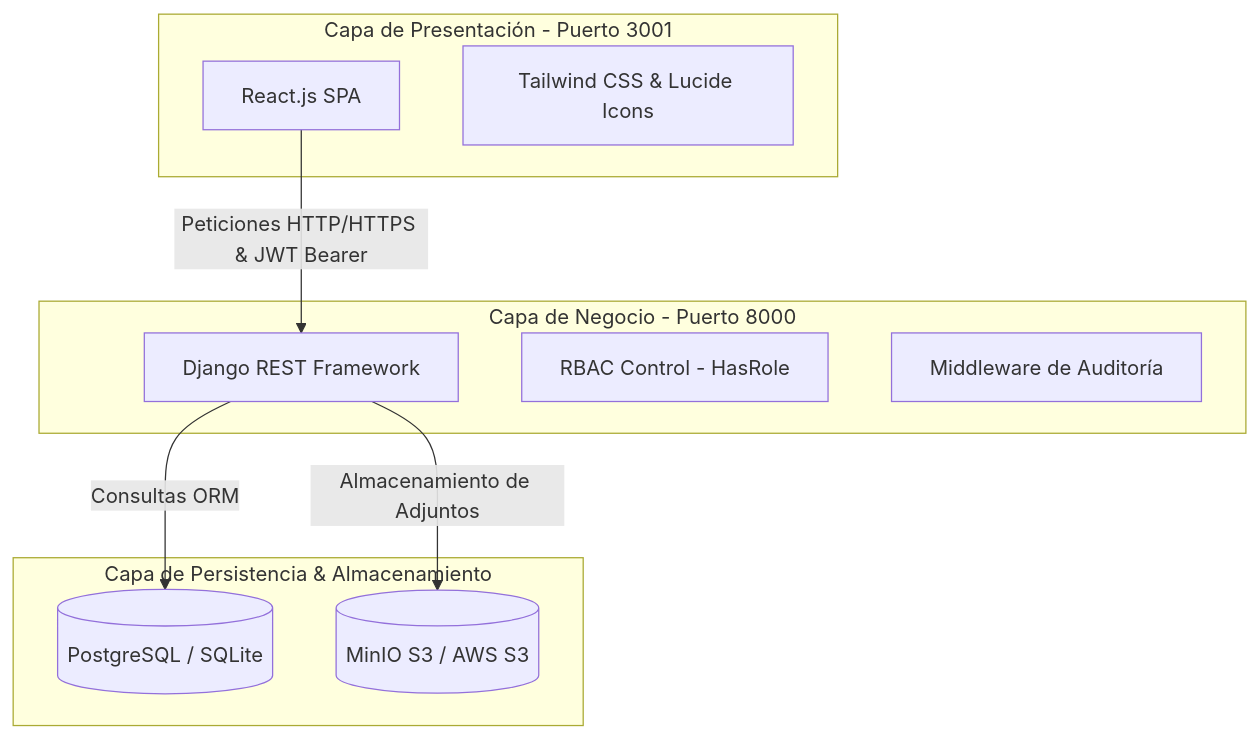
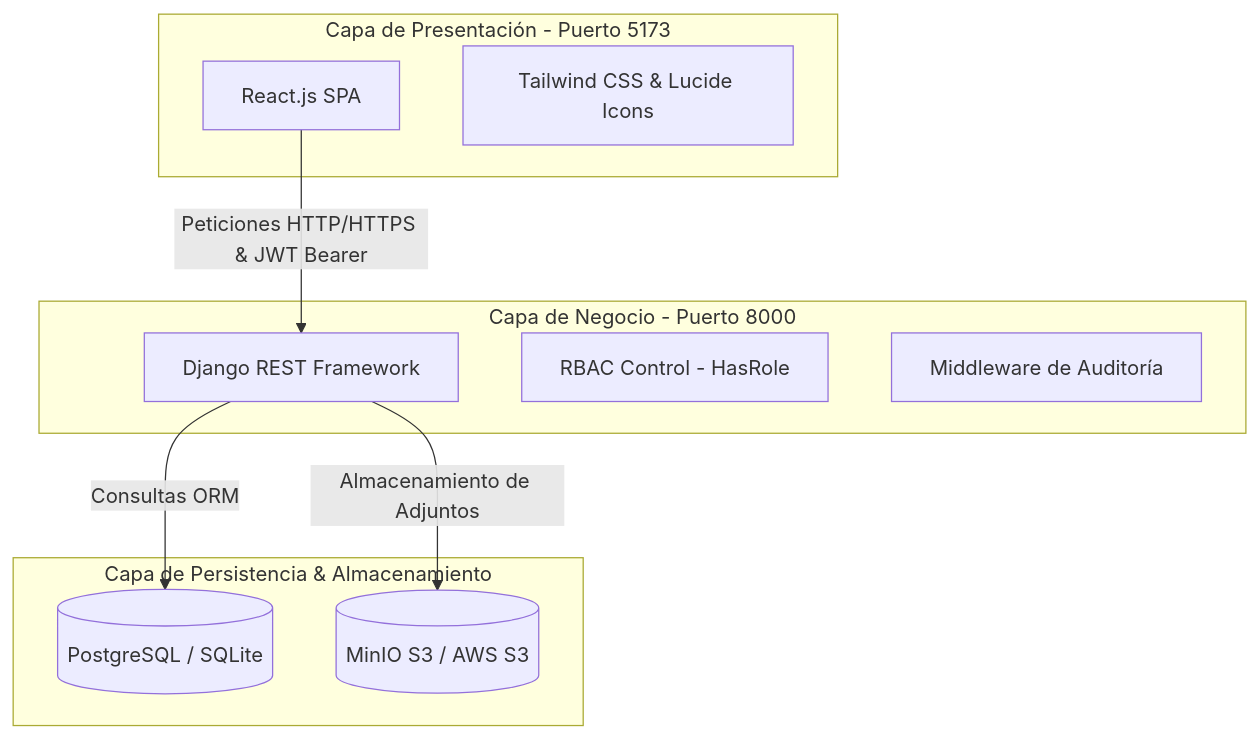
The diagram in README.md (HchePy/Sistema-Integral-para-la-Gesti-n-y-Control-de-la-Guardia-Obrera-y-Estudiantil), drawn with Mermaid before and after one commit. The commit also changed other lines of this file and 4 other files, not shown here.

````diff
--- a/README.md
+++ b/README.md
@@ -13,22 +13,22 @@
 ```mermaid
 graph TD
-    subgraph Cliente [Capa de Presentación - Puerto 3001]
+    subgraph Cliente [Capa de Presentación - Puerto 5173]
         React[React.js SPA]
         Tailwind[Tailwind CSS & Lucide Icons]
     end
 
     subgraph Servidor [Capa de Negocio - Puerto 8000]
         Django[Django REST Framework]
         RBAC[RBAC Control - HasRole]
         Audit[Middleware de Auditoría]
     end
 
     subgraph Datos [Capa de Persistencia & Almacenamiento]
         DB[(PostgreSQL / SQLite)]
         S3[(MinIO S3 / AWS S3)]
     end
 
     React -->|Peticiones HTTP/HTTPS & JWT Bearer| Django
     Django -->|Consultas ORM| DB
     Django -->|Almacenamiento de Adjuntos| S3
 ```
````
